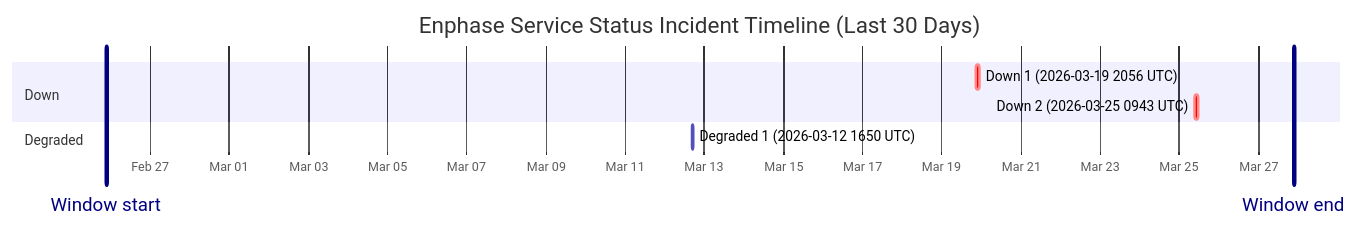
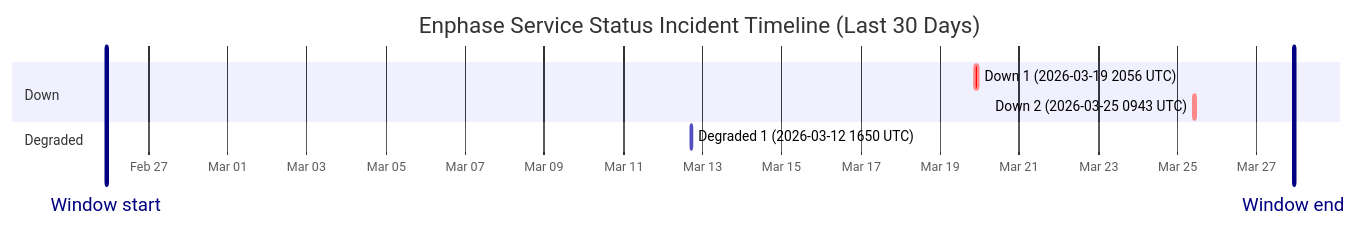
Before and after one commit to barneyonline/ha-enphase-ev-charger: the diagram in wiki/Service-Status-History.md, drawn with Mermaid. The commit also changed other lines of this file and 3 other files, not shown here.

````diff
--- a/wiki/Service-Status-History.md
+++ b/wiki/Service-Status-History.md
@@ -14,13 +14,13 @@
 ```mermaid
 gantt
     title Enphase Service Status Incident Timeline (Last 30 Days)
     dateFormat  YYYY-MM-DDTHH:mm:ss
     axisFormat  %b %d
-    Window start :vert, window-start, 2026-02-25T21:25:53, 0ms
-    Window end :vert, window-end, 2026-03-27T21:25:53, 0ms
+    Window start :vert, window-start, 2026-02-25T22:22:23, 0ms
+    Window end :vert, window-end, 2026-03-27T22:22:23, 0ms
     section Down
     Down 1 (2026-03-19 2056 UTC) :crit, down-1, 2026-03-19T20:56:20, 145m
     Down 2 (2026-03-25 0943 UTC) :crit, down-2, 2026-03-25T09:43:28, 111m
     section Degraded
     Degraded 1 (2026-03-12 1650 UTC) :active, degraded-1, 2026-03-12T16:50:43, 60m
 ```
````
